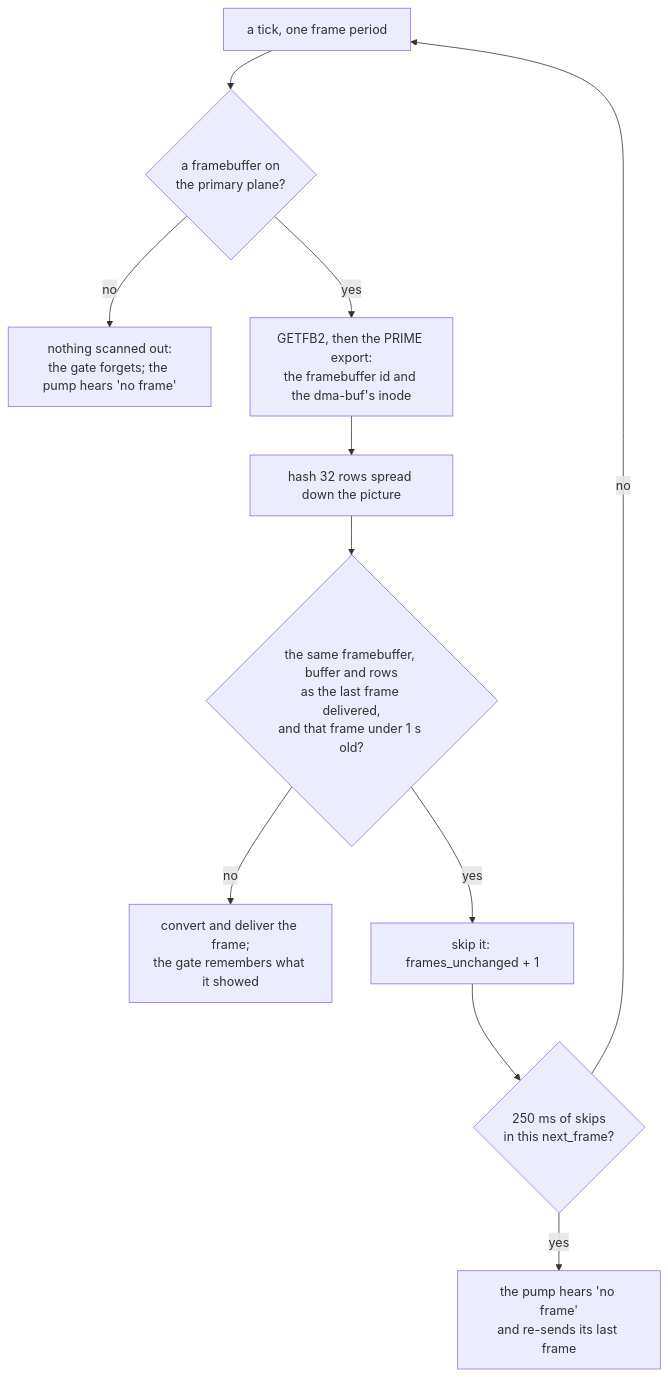
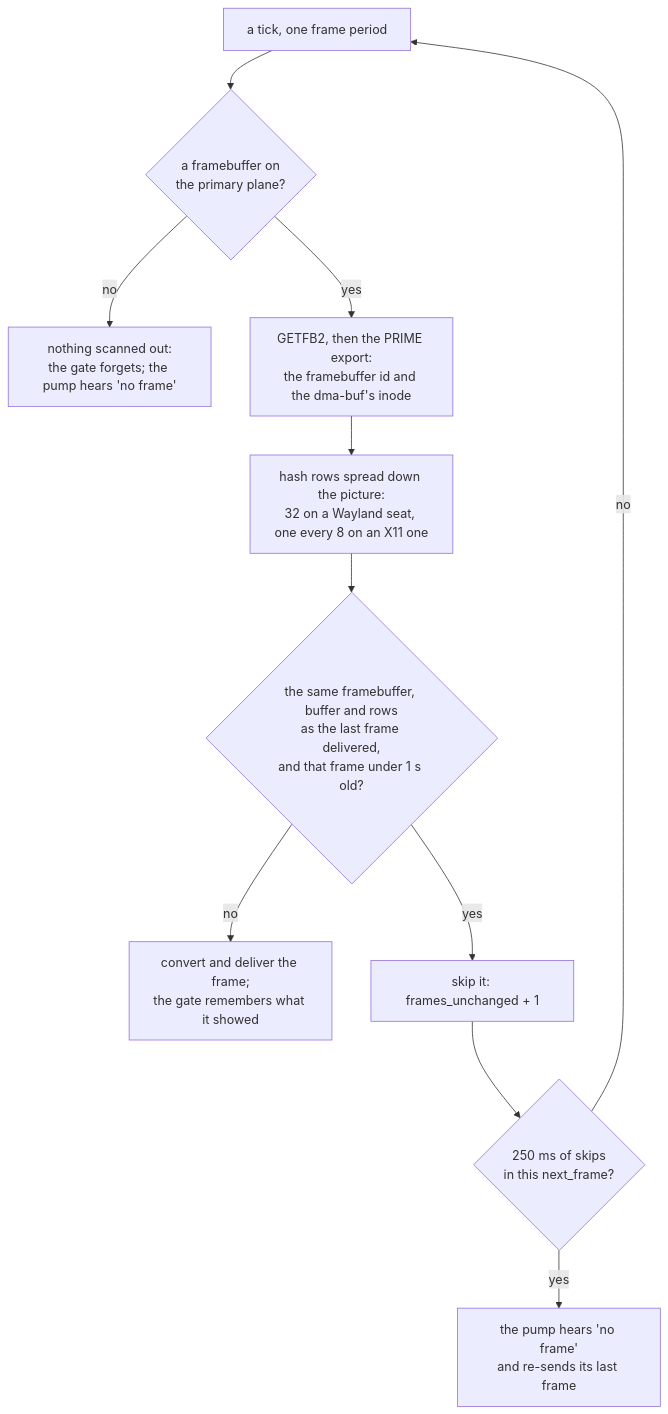
One commit to gjovanov/roomler-ai changed the seventh of 19 diagrams in docs/linux-capture.md. Above: the diagram before and after it, drawn with Mermaid. The commit also changed other lines of this file and 12 other files, not shown here.

````diff
--- a/docs/linux-capture.md
+++ b/docs/linux-capture.md
@@ -658,13 +718,13 @@
 ```mermaid
 flowchart TD
     T["a tick, one frame period"] --> P{"a framebuffer on<br/>the primary plane?"}
     P -- no --> N["nothing scanned out:<br/>the gate forgets; the pump hears 'no frame'"]
     P -- yes --> E["GETFB2, then the PRIME export:<br/>the framebuffer id and the dma-buf's inode"]
-    E --> S["hash 32 rows spread down the picture"]
+    E --> S["hash rows spread down the picture:<br/>32 on a Wayland seat, one every 8 on an X11 one"]
     S --> G{"the same framebuffer, buffer and rows<br/>as the last frame delivered,<br/>and that frame under 1 s old?"}
     G -- no --> F["convert and deliver the frame;<br/>the gate remembers what it showed"]
     G -- yes --> U["skip it: frames_unchanged + 1"]
     U --> W{"250 ms of skips<br/>in this next_frame?"}
     W -- no --> T
     W -- yes --> I["the pump hears 'no frame'<br/>and re-sends its last frame"]
 ```
````
